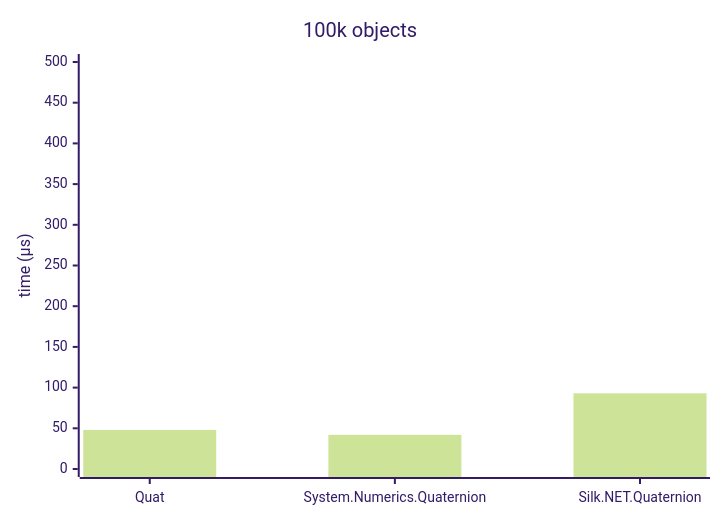
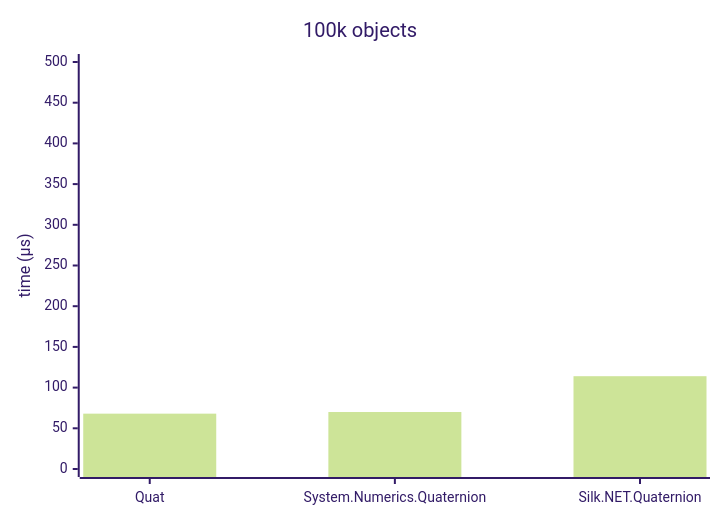
Before and after one commit to malstraem/generic-simd-numerics: the third of 6 diagrams in reports/quat-f32.md, drawn with Mermaid (forest theme). The commit also changed other lines of this file and 178 other files, not shown here.

````diff
--- a/reports/quat-f32.md
+++ b/reports/quat-f32.md
@@ -471,7 +481,7 @@
 ```mermaid
 xychart
     title "100k objects"
     x-axis [Quat, System.Numerics.Quaternion, Silk.NET.Quaternion]
     y-axis "time (μs)" 0 --> 500
-    bar [48, 42, 93]
+    bar [68, 70, 114]
 ```
````
